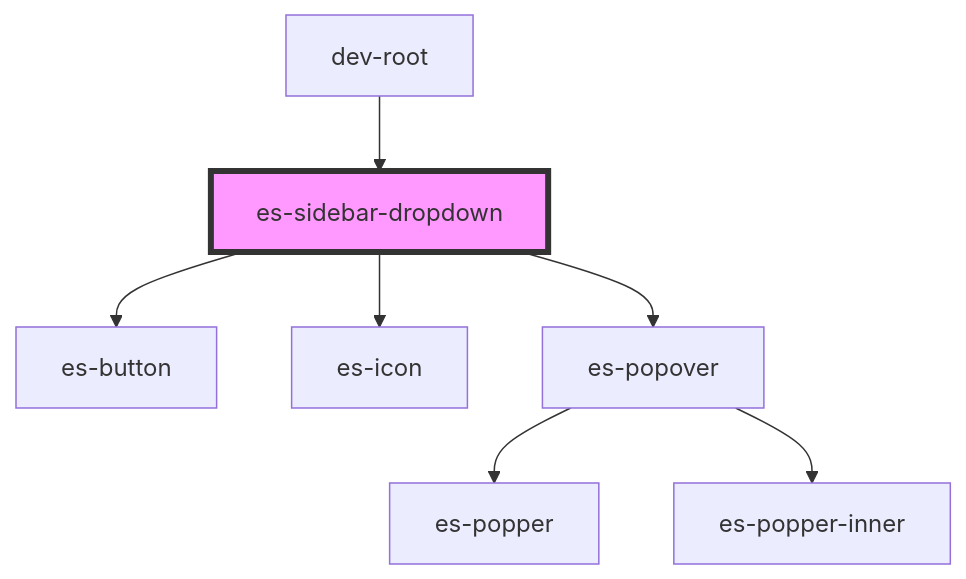
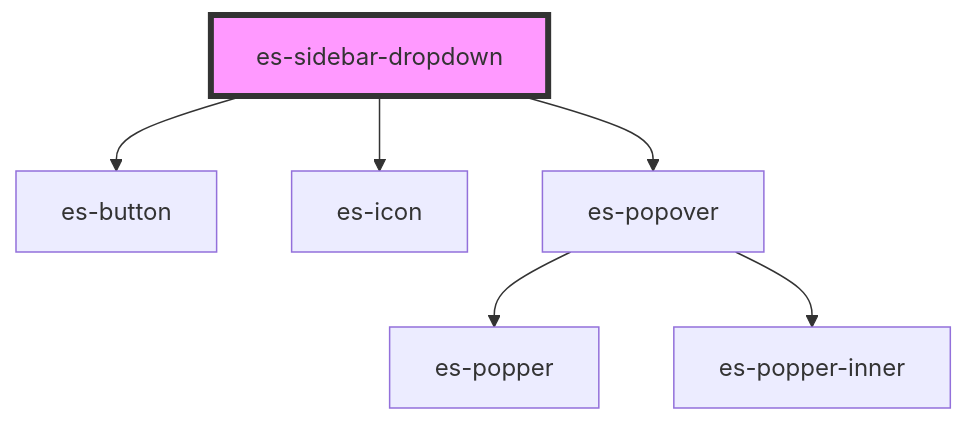
One commit to EventStore/Design-System changed the diagram in packages/layout/src/components/es-sidebar-dropdown/readme.md. Above: the diagram before and after it, drawn with Mermaid. The commit also changed other lines of this file and 20 other files, not shown here.

Commit message:
Make es-nav leaves optionally strict - don't default to strict - add option to re-enable it - move dev-root to be a .demo component

````diff
--- a/packages/layout/src/components/es-sidebar-dropdown/readme.md
+++ b/packages/layout/src/components/es-sidebar-dropdown/readme.md
@@ -100,10 +96,9 @@
 ```mermaid
 graph TD;
   es-sidebar-dropdown --> es-button
   es-sidebar-dropdown --> es-icon
   es-sidebar-dropdown --> es-popover
   es-popover --> es-popper
   es-popover --> es-popper-inner
-  dev-root --> es-sidebar-dropdown
   style es-sidebar-dropdown fill:#f9f,stroke:#333,stroke-width:4px
 ```
````
